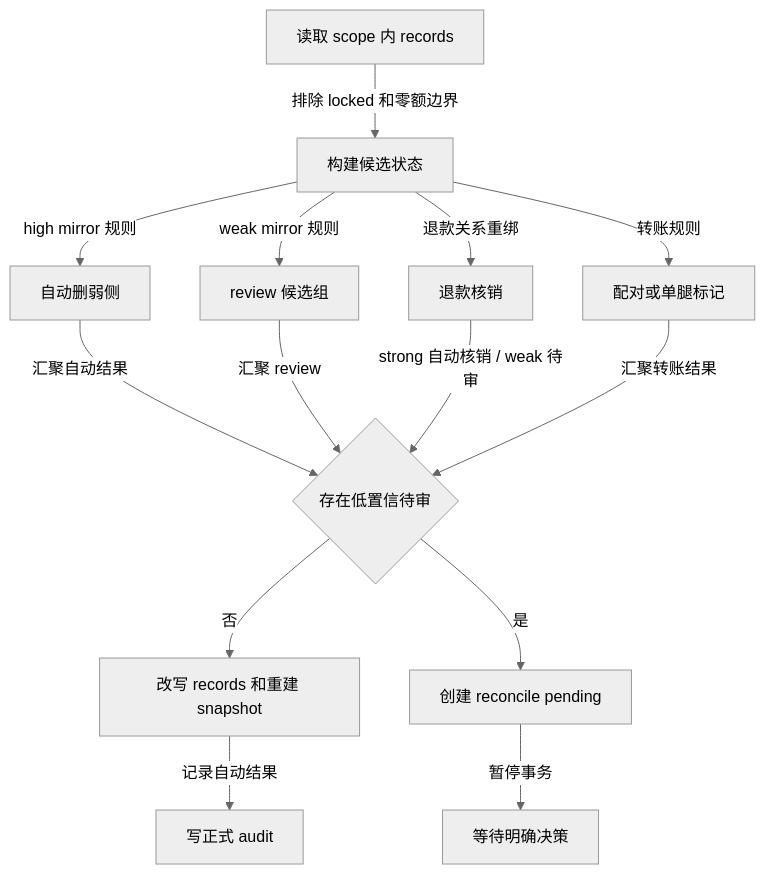
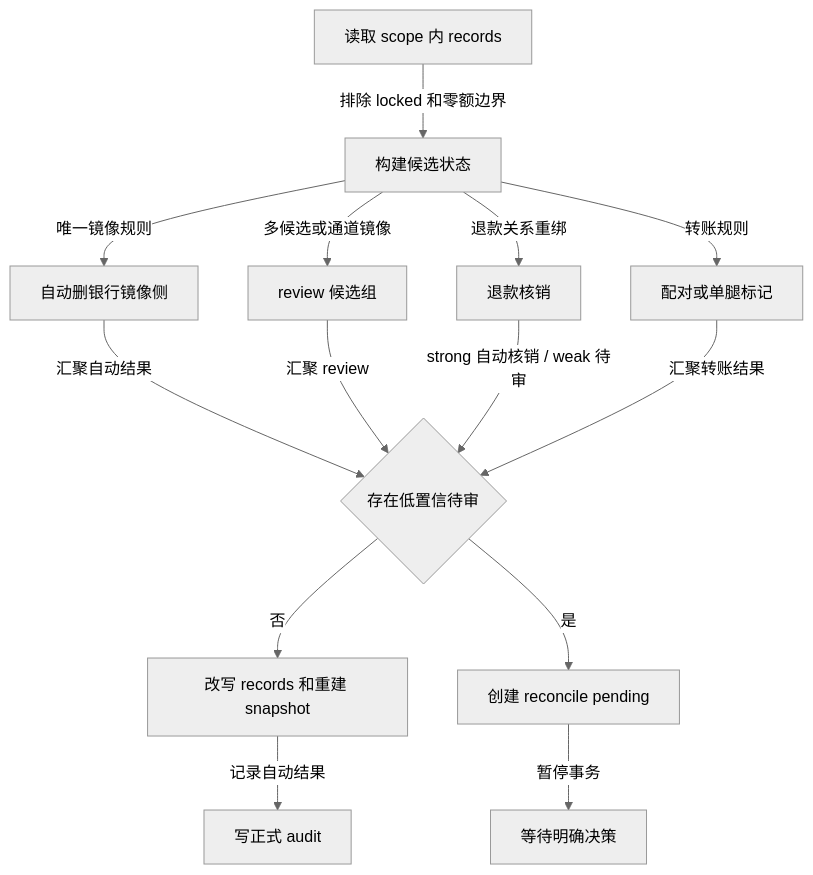
Before and after one commit to ssttkkl/finance-tracker: the tenth of 16 diagrams in docs/import-reconcile-flow.md, drawn with Mermaid (neutral theme). The commit also changed other lines of this file and 2 other files, not shown here.

````diff
--- a/docs/import-reconcile-flow.md
+++ b/docs/import-reconcile-flow.md
@@ -189,16 +294,16 @@
 ```mermaid
 flowchart TD
     A[读取 scope 内 records] -->|排除 locked 和零额边界| B[构建候选状态]
-    B -->|high mirror 规则| C[自动删弱侧]
-    B -->|weak mirror 规则| D[review 候选组]
+    B -->|唯一镜像规则| C[自动删银行镜像侧]
+    B -->|多候选或通道镜像| D[review 候选组]
     B -->|退款关系重绑| E[退款核销]
     B -->|转账规则| F[配对或单腿标记]
     C -->|汇聚自动结果| G{存在低置信待审}
     D -->|汇聚 review| G
     E -->|strong 自动核销 / weak 待审| G
     F -->|汇聚转账结果| G
     G -->|否| H[改写 records 和重建 snapshot]
     G -->|是| I[创建 reconcile pending]
     H -->|记录自动结果| J[写正式 audit]
     I -->|暂停事务| K[等待明确决策]
 ```
````
